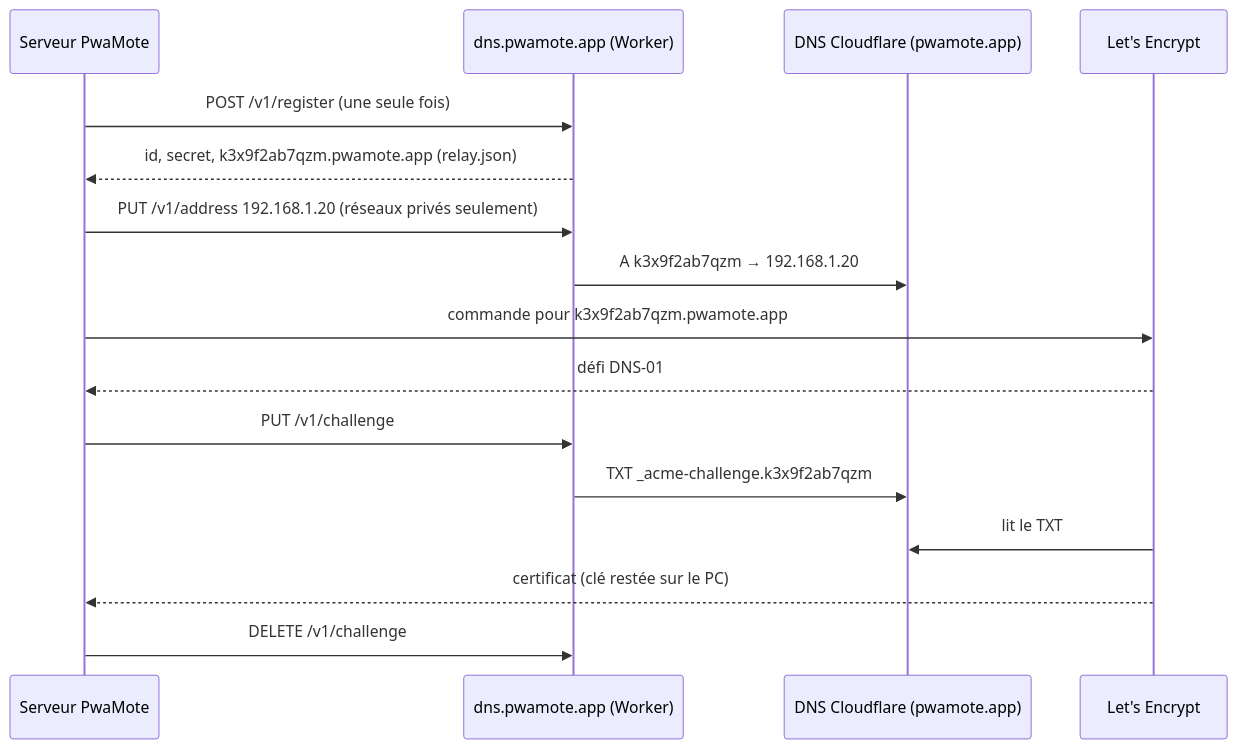
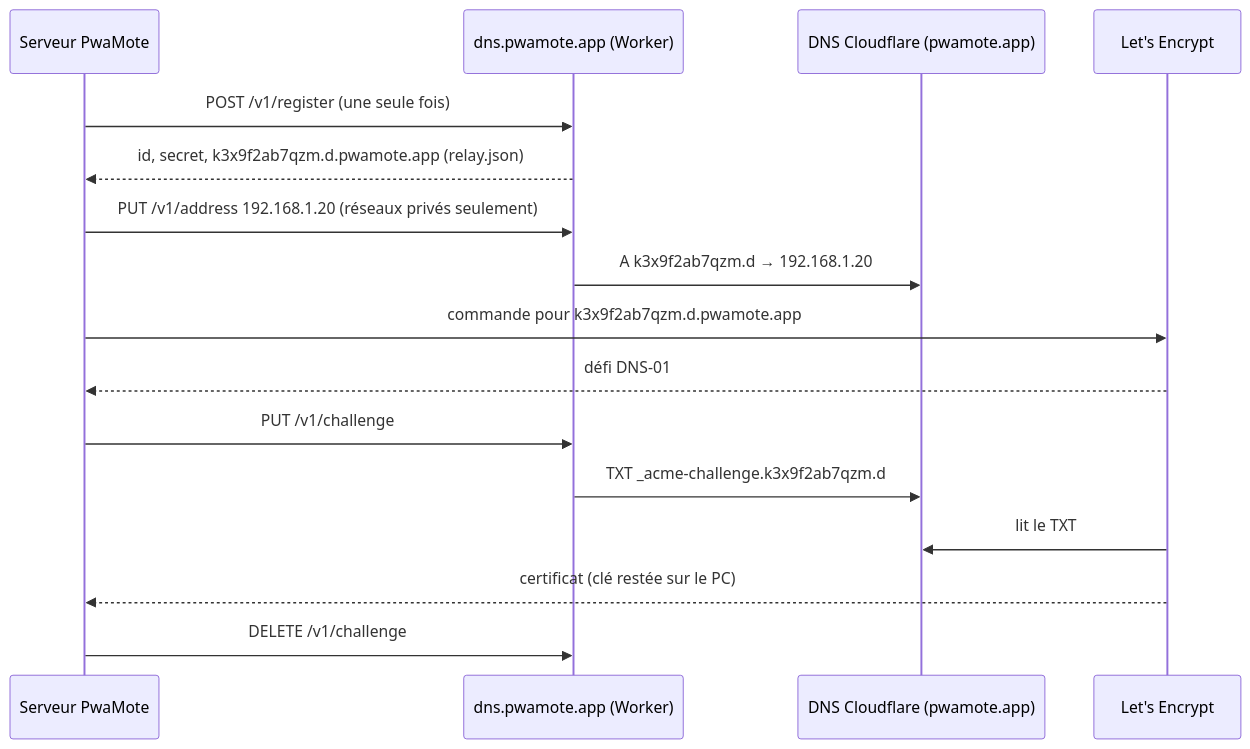
The eighth of 23 diagrams in docs/architecture.md (wardensfx/pwamote), drawn with Mermaid before and after one commit. The commit also changed other lines of this file and 12 other files, not shown here.

First line of the commit message:
feat(relay)!: noms des PC sous d.pwamote.app

````diff
--- a/docs/architecture.md
+++ b/docs/architecture.md
@@ -207,18 +207,18 @@
 ```mermaid
 sequenceDiagram
   participant PC as Serveur PwaMote
   participant R as dns.pwamote.app (Worker)
   participant CF as DNS Cloudflare (pwamote.app)
   participant LE as Let's Encrypt
   PC->>R: POST /v1/register (une seule fois)
-  R-->>PC: id, secret, k3x9f2ab7qzm.pwamote.app (relay.json)
+  R-->>PC: id, secret, k3x9f2ab7qzm.d.pwamote.app (relay.json)
   PC->>R: PUT /v1/address 192.168.1.20 (réseaux privés seulement)
-  R->>CF: A k3x9f2ab7qzm → 192.168.1.20
-  PC->>LE: commande pour k3x9f2ab7qzm.pwamote.app
+  R->>CF: A k3x9f2ab7qzm.d → 192.168.1.20
+  PC->>LE: commande pour k3x9f2ab7qzm.d.pwamote.app
   LE-->>PC: défi DNS-01
   PC->>R: PUT /v1/challenge
-  R->>CF: TXT _acme-challenge.k3x9f2ab7qzm
+  R->>CF: TXT _acme-challenge.k3x9f2ab7qzm.d
   LE->>CF: lit le TXT
   LE-->>PC: certificat (clé restée sur le PC)
   PC->>R: DELETE /v1/challenge
 ```
````
